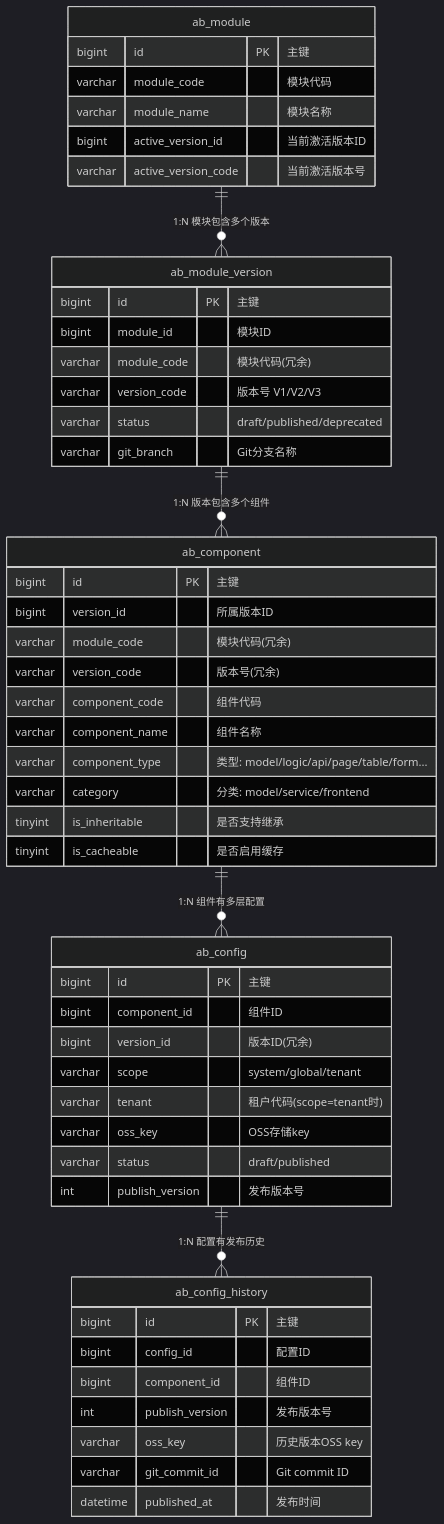
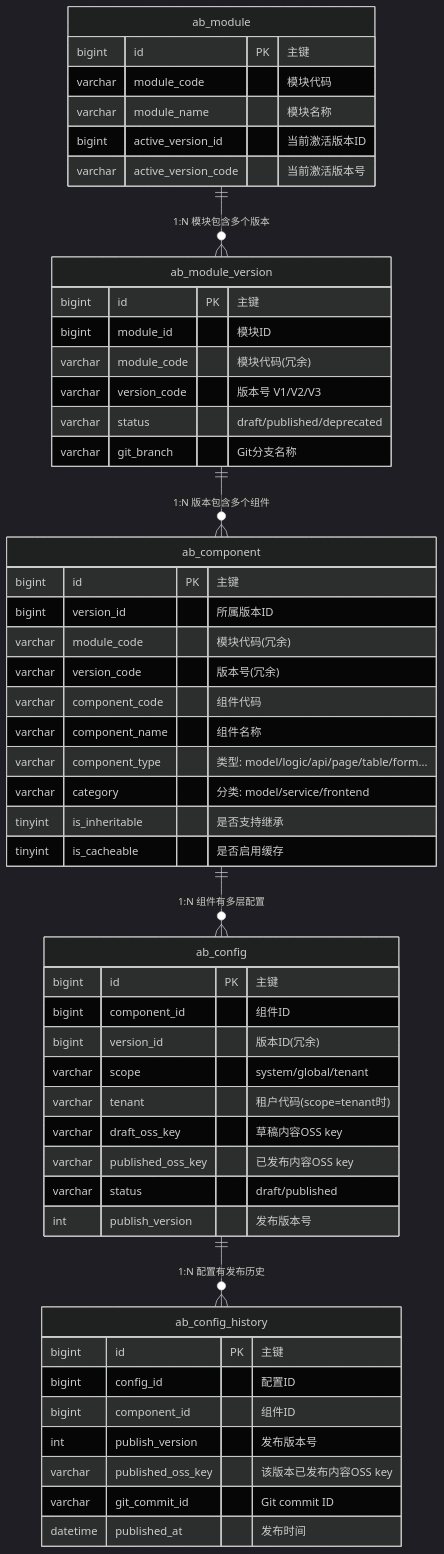
One commit to danielmlc/assembox-service changed the diagram in docs/design/01-storage/overview.md. Above: the diagram before and after it, drawn with Mermaid (dark theme). The commit also changed other lines of this file and 6 other files, not shown here.

````diff
--- a/docs/design/01-storage/overview.md
+++ b/docs/design/01-storage/overview.md
@@ -536,58 +560,59 @@
 ```mermaid
 erDiagram
     ab_module ||--o{ ab_module_version : "1:N 模块包含多个版本"
     ab_module_version ||--o{ ab_component : "1:N 版本包含多个组件"
     ab_component ||--o{ ab_config : "1:N 组件有多层配置"
     ab_config ||--o{ ab_config_history : "1:N 配置有发布历史"
 
     ab_module {
         bigint id PK "主键"
         varchar module_code "模块代码"
         varchar module_name "模块名称"
         bigint active_version_id "当前激活版本ID"
         varchar active_version_code "当前激活版本号"
     }
 
     ab_module_version {
         bigint id PK "主键"
         bigint module_id "模块ID"
         varchar module_code "模块代码(冗余)"
         varchar version_code "版本号 V1/V2/V3"
         varchar status "draft/published/deprecated"
         varchar git_branch "Git分支名称"
     }
 
     ab_component {
         bigint id PK "主键"
         bigint version_id "所属版本ID"
         varchar module_code "模块代码(冗余)"
         varchar version_code "版本号(冗余)"
         varchar component_code "组件代码"
         varchar component_name "组件名称"
         varchar component_type "类型: model/logic/api/page/table/form..."
         varchar category "分类: model/service/frontend"
         tinyint is_inheritable "是否支持继承"
         tinyint is_cacheable "是否启用缓存"
     }
 
     ab_config {
         bigint id PK "主键"
         bigint component_id "组件ID"
         bigint version_id "版本ID(冗余)"
         varchar scope "system/global/tenant"
         varchar tenant "租户代码(scope=tenant时)"
-        varchar oss_key "OSS存储key"
+        varchar draft_oss_key "草稿内容OSS key"
+        varchar published_oss_key "已发布内容OSS key"
         varchar status "draft/published"
         int publish_version "发布版本号"
     }
 
     ab_config_history {
         bigint id PK "主键"
         bigint config_id "配置ID"
         bigint component_id "组件ID"
         int publish_version "发布版本号"
-        varchar oss_key "历史版本OSS key"
+        varchar published_oss_key "该版本已发布内容OSS key"
         varchar git_commit_id "Git commit ID"
         datetime published_at "发布时间"
     }
 ```
````
